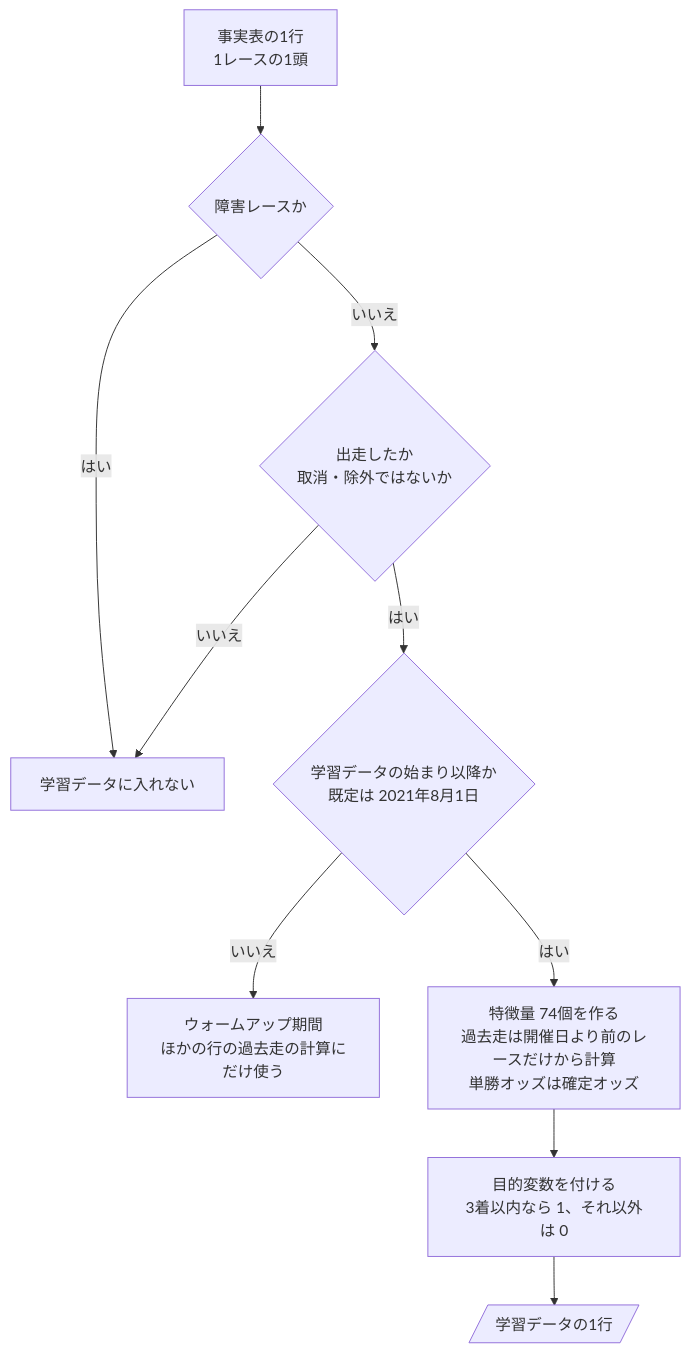
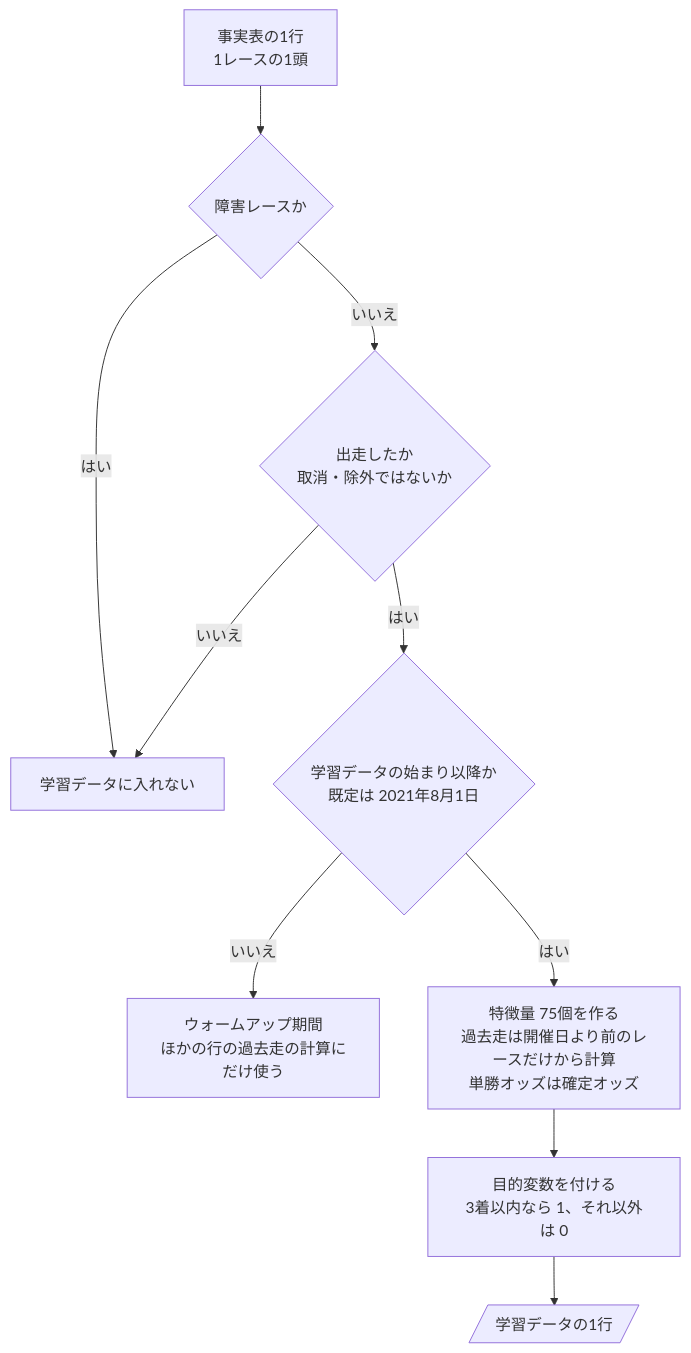
The first of 2 diagrams in docs/design/近走と適性から3着以内を予想/06-flowchart.md (ht-0328/keiba-yosou), drawn with Mermaid before and after one commit. The commit also changed other lines of this file and 24 other files, not shown here.

````diff
--- a/docs/design/近走と適性から3着以内を予想/06-flowchart.md
+++ b/docs/design/近走と適性から3着以内を予想/06-flowchart.md
@@ -26,12 +26,12 @@
 ```mermaid
 flowchart TD
     S["事実表の1行<br>1レースの1頭"] --> Q1{"障害レースか"}
     Q1 -->|はい| X["学習データに入れない"]
     Q1 -->|いいえ| Q2{"出走したか<br>取消・除外ではないか"}
     Q2 -->|いいえ| X
     Q2 -->|はい| Q3{"学習データの始まり以降か<br>既定は 2021年8月1日"}
     Q3 -->|いいえ| W["ウォームアップ期間<br>ほかの行の過去走の計算にだけ使う"]
-    Q3 -->|はい| F["特徴量 74個を作る<br>過去走は開催日より前のレースだけから計算<br>単勝オッズは確定オッズ"]
+    Q3 -->|はい| F["特徴量 75個を作る<br>過去走は開催日より前のレースだけから計算<br>単勝オッズは確定オッズ"]
     F --> T["目的変数を付ける<br>3着以内なら 1、それ以外は 0"]
     T --> R[/"学習データの1行"/]
 ```
````
